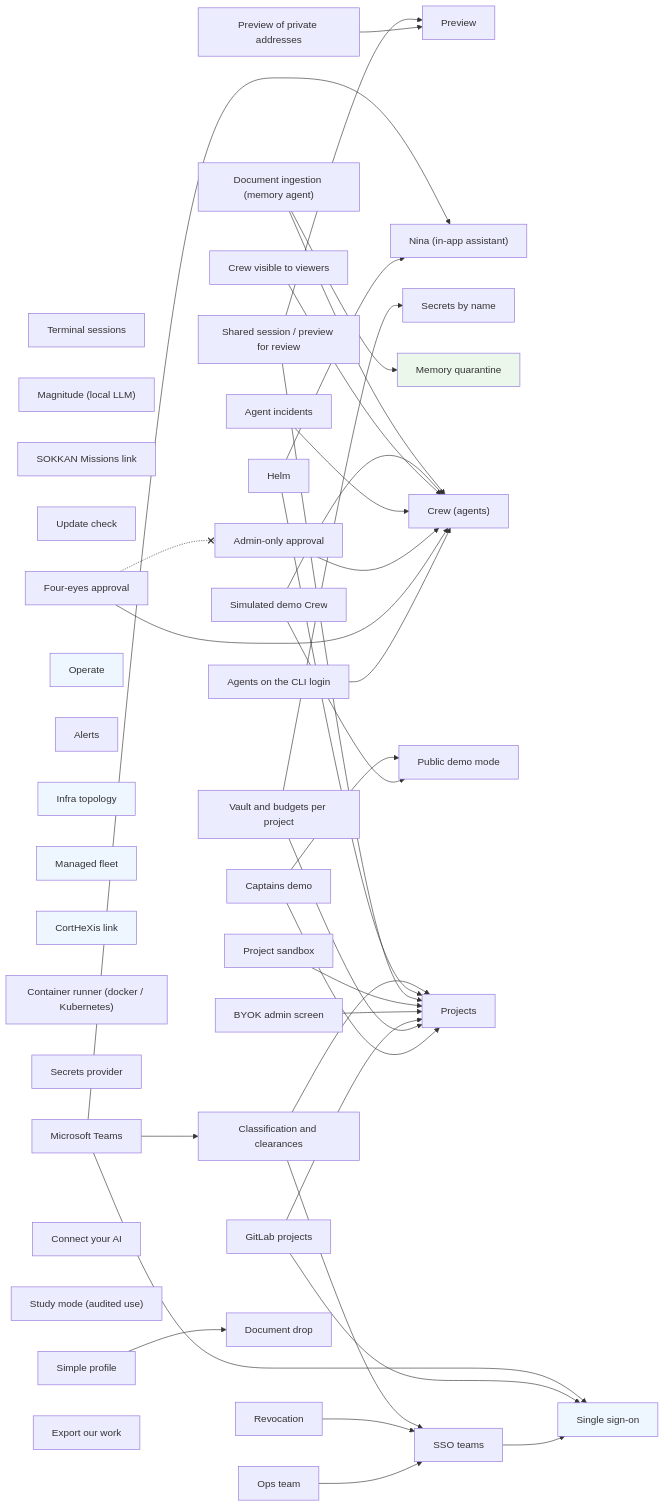
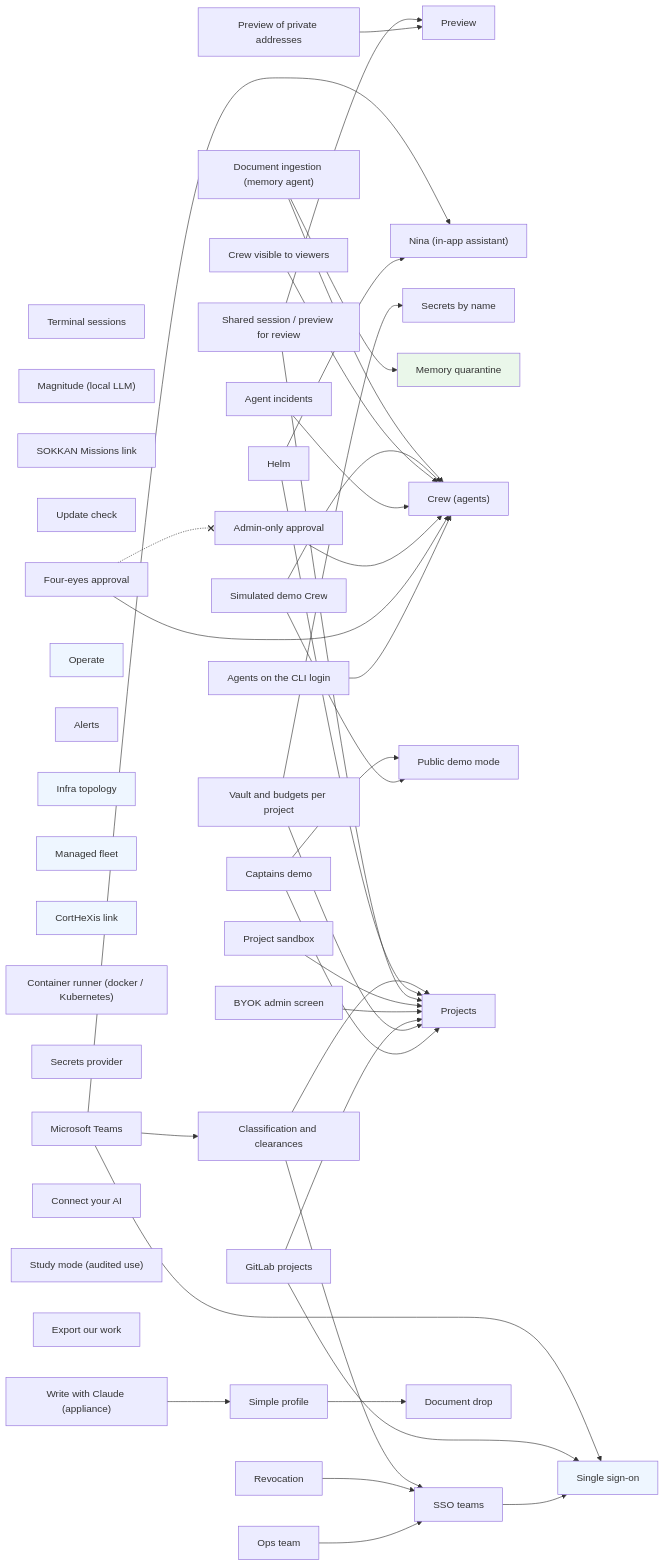
The diagram in docs/enterprise/FEATURES.md (ninabot-ch/sokkan), drawn with Mermaid before and after one commit. The commit also changed other lines of this file and 34 other files, not shown here.

```diff
--- a/docs/enterprise/FEATURES.md
+++ b/docs/enterprise/FEATURES.md
@@ -111,6 +112,7 @@
   documents["Document drop"]
   simple_profile["Simple profile"]
   work_export["Export our work"]
+  claude_tier["Write with Claude (appliance)"]
   preview_private_targets --> preview
   agents_cli_login --> agents
   four_eyes --> agents
@@ -142,6 +144,7 @@
   doc_ingest --> agents
   doc_ingest --> memory_quarantine
   simple_profile --> documents
+  claude_tier --> simple_profile
   four_eyes -.-x admin_approval
   classDef planned stroke-dasharray: 5 5,color:#888;
   classDef integration fill:#eef6ff;
```
